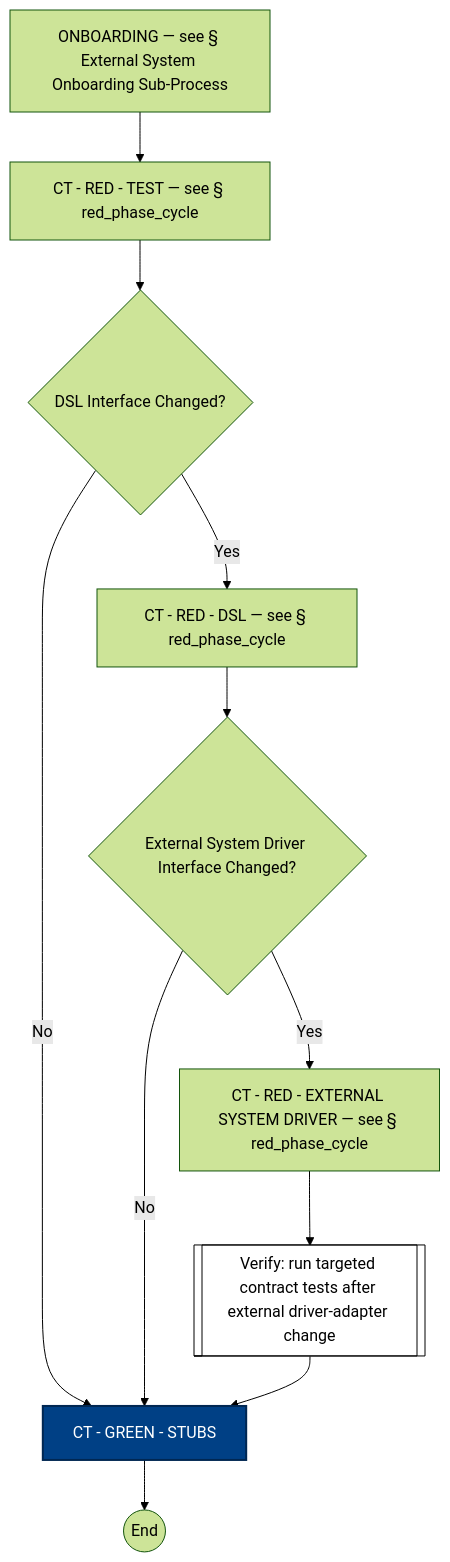
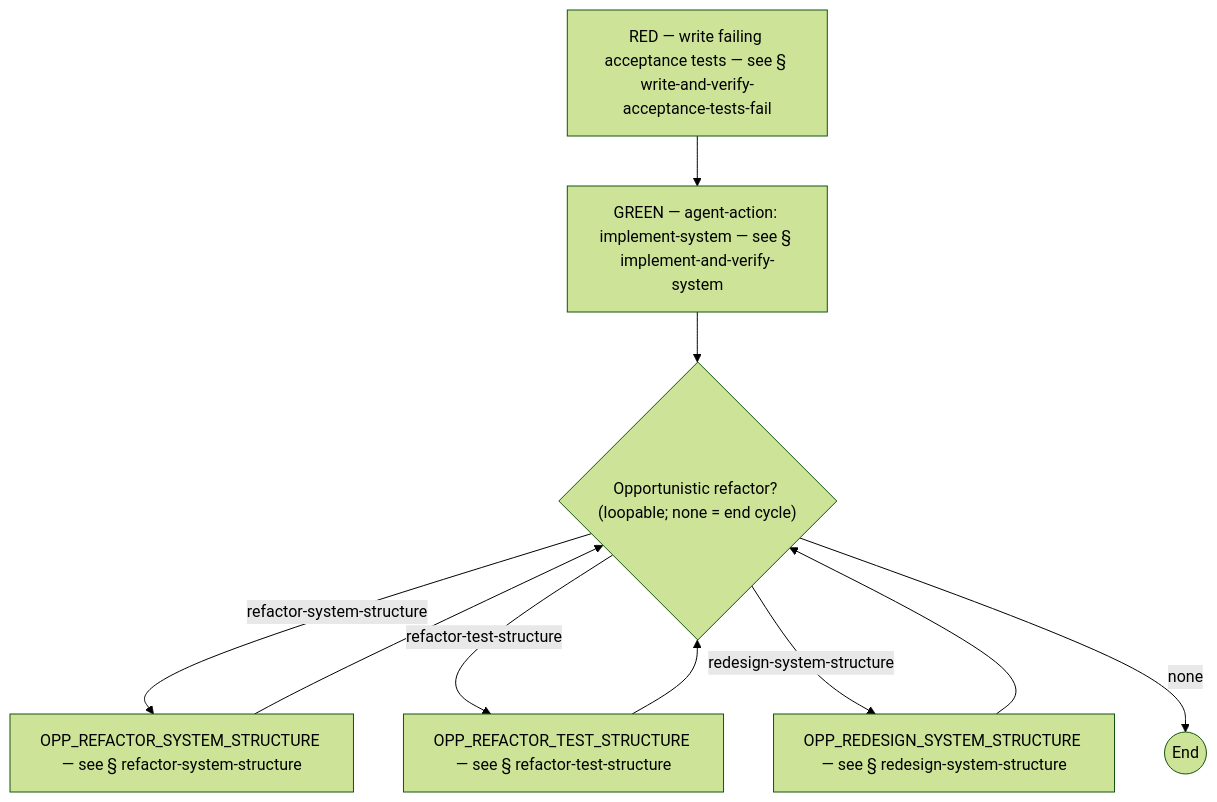
Before and after one commit to optivem/gh-optivem: the eighth of 51 diagrams in docs/process-diagram.md, drawn with Mermaid (forest theme). The commit also changed other lines of this file and 13 other files, not shown here.

First line of the commit message:
plans/bpmn-refactor: Item 3 (Phase C.3) — full YAML migration to TOP/CYCLE/HIGH/MID/LOW

````diff
--- a/docs/process-diagram.md
+++ b/docs/process-diagram.md
@@ -214,29 +154,20 @@
 ```mermaid
 flowchart TD
-    CT_END((End))
-    CT_GREEN_EXTERNAL_SYSTEM_STUB[CT - GREEN - STUBS]
-    CT_RED_DSL[CT - RED - DSL — see § red_phase_cycle]
-    CT_RED_EXTERNAL_SYSTEM_DRIVER[CT - RED - EXTERNAL SYSTEM DRIVER — see § red_phase_cycle]
-    CT_RED_TEST[CT - RED - TEST — see § red_phase_cycle]
-    GATE_DSL_CT{DSL Interface Changed?}
-    GATE_EXT_CT{External System Driver Interface Changed?}
-    ONBOARDING[ONBOARDING — see § External System Onboarding Sub-Process]
-    VERIFY_CT_DRIVER[[Verify: run targeted contract tests after external driver-adapter change]]
+    CHANGE_SYSTEM_BEHAVIOR_END((End))
+    GATE_OPPORTUNISTIC_REFACTOR{"Opportunistic refactor? (loopable; none = end cycle)"}
+    IMPLEMENT_AND_VERIFY_SYSTEM[GREEN — agent-action: implement-system — see § implement-and-verify-system]
+    OPP_REDESIGN_SYSTEM_STRUCTURE[OPP_REDESIGN_SYSTEM_STRUCTURE — see § redesign-system-structure]
+    OPP_REFACTOR_SYSTEM_STRUCTURE[OPP_REFACTOR_SYSTEM_STRUCTURE — see § refactor-system-structure]
+    OPP_REFACTOR_TEST_STRUCTURE[OPP_REFACTOR_TEST_STRUCTURE — see § refactor-test-structure]
+    WRITE_AND_VERIFY_ACCEPTANCE_TESTS_FAIL[RED — write failing acceptance tests — see § write-and-verify-acceptance-tests-fail]
 
-    ONBOARDING --> CT_RED_TEST
-    CT_RED_TEST --> GATE_DSL_CT
-    GATE_DSL_CT -- No --> CT_GREEN_EXTERNAL_SYSTEM_STUB
-    GATE_DSL_CT -- Yes --> CT_RED_DSL
-    CT_RED_DSL --> GATE_EXT_CT
-    GATE_EXT_CT -- No --> CT_GREEN_EXTERNAL_SYSTEM_STUB
-    GATE_EXT_CT -- Yes --> CT_RED_EXTERNAL_SYSTEM_DRIVER
-    CT_RED_EXTERNAL_SYSTEM_DRIVER --> VERIFY_CT_DRIVER
-    VERIFY_CT_DRIVER --> CT_GREEN_EXTERNAL_SYSTEM_STUB
-    CT_GREEN_EXTERNAL_SYSTEM_STUB --> CT_END
-
-    classDef serviceNode fill:#ffffff,stroke:#000000,stroke-width:1px,color:#000000
-    class VERIFY_CT_DRIVER serviceNode
-
-    classDef agentNode fill:#004085,stroke:#002752,stroke-width:2px,color:#ffffff
-    class CT_GREEN_EXTERNAL_SYSTEM_STUB agentNode
+    WRITE_AND_VERIFY_ACCEPTANCE_TESTS_FAIL --> IMPLEMENT_AND_VERIFY_SYSTEM
+    IMPLEMENT_AND_VERIFY_SYSTEM --> GATE_OPPORTUNISTIC_REFACTOR
+    GATE_OPPORTUNISTIC_REFACTOR -- refactor-system-structure --> OPP_REFACTOR_SYSTEM_STRUCTURE
+    GATE_OPPORTUNISTIC_REFACTOR -- refactor-test-structure --> OPP_REFACTOR_TEST_STRUCTURE
+    GATE_OPPORTUNISTIC_REFACTOR -- redesign-system-structure --> OPP_REDESIGN_SYSTEM_STRUCTURE
+    GATE_OPPORTUNISTIC_REFACTOR -- none --> CHANGE_SYSTEM_BEHAVIOR_END
+    OPP_REFACTOR_SYSTEM_STRUCTURE --> GATE_OPPORTUNISTIC_REFACTOR
+    OPP_REFACTOR_TEST_STRUCTURE --> GATE_OPPORTUNISTIC_REFACTOR
+    OPP_REDESIGN_SYSTEM_STRUCTURE --> GATE_OPPORTUNISTIC_REFACTOR
 ```
````
